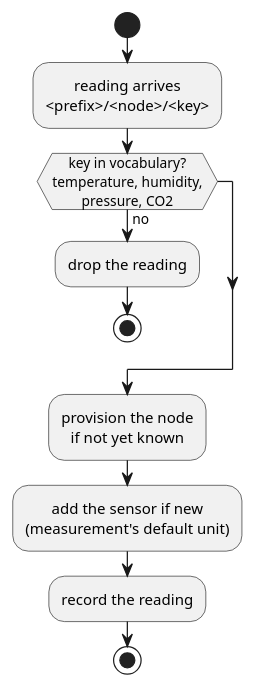
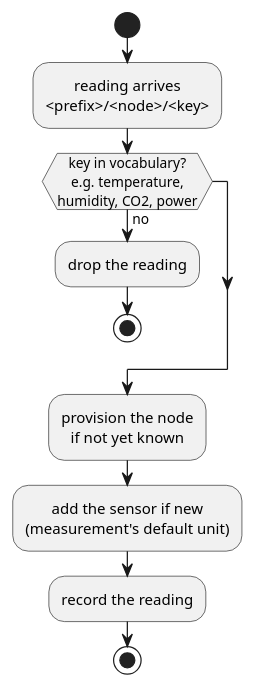
Before and after one commit to FelixGeisler/SmartHome: the diagram in docs/modules/ROOT/pages/adr/0006-mqtt-runtime-integration-and-auto-provisioning.adoc, drawn with PlantUML. The commit also changed 4 other files, not shown here.

```diff
--- a/docs/modules/ROOT/pages/adr/0006-mqtt-runtime-integration-and-auto-provisioning.adoc
+++ b/docs/modules/ROOT/pages/adr/0006-mqtt-runtime-integration-and-auto-provisioning.adoc
@@ -12,16 +12,16 @@
 [plantuml,mqtt-provisioning,svg]
 ----
 @startuml
 skinparam defaultTextAlignment center
 start
 :reading arrives\n<prefix>/<node>/<key>;
-if (key in vocabulary?\ntemperature, humidity,\npressure, CO2) then (no)
+if (key in vocabulary?\ne.g. temperature,\nhumidity, CO2, power) then (no)
   :drop the reading;
   stop
 endif
 :provision the node\nif not yet known;
 :add the sensor if new\n(measurement's default unit);
 :record the reading;
 stop
 @enduml
 ----
```
